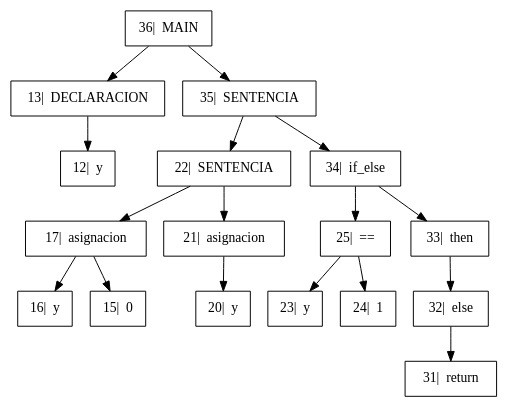
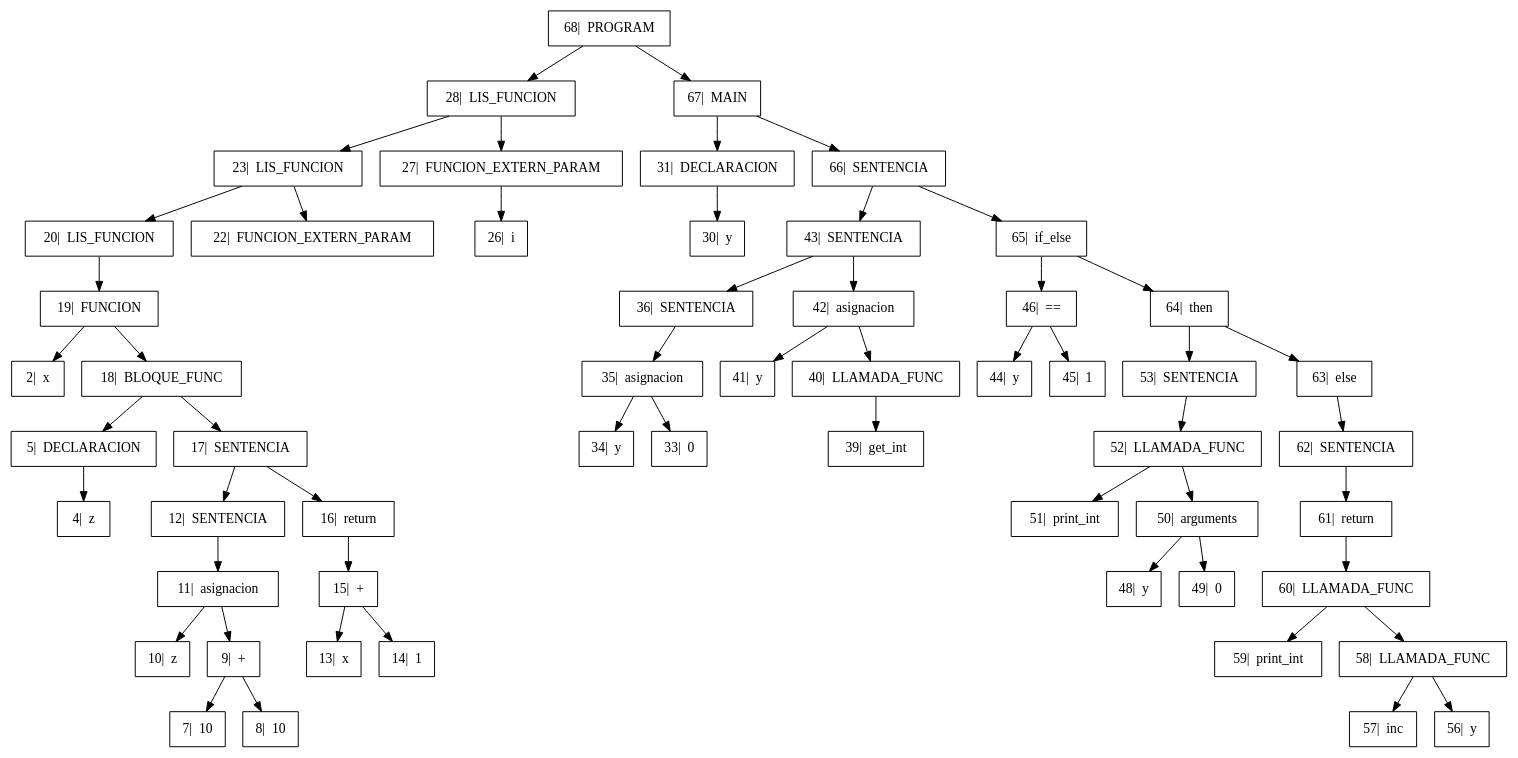
Before and after one commit to GiovA07/PRE-PROYECTO-COMPILADORES: the diagram in Proyecto/Arbol.dot, drawn with Graphviz. The commit also changed 6 other files, not shown here.

```diff
--- a/Proyecto/Arbol.dot
+++ b/Proyecto/Arbol.dot
@@ -1,16 +1,39 @@
 digraph{
 
 rankdir=TB;
 
 node[shape=box];
-"36|  MAIN" -> "13|  DECLARACION", "35|  SENTENCIA";
-"13|  DECLARACION" -> "12|  y" ;
-"35|  SENTENCIA" -> "22|  SENTENCIA", "34|  if_else";
-"22|  SENTENCIA" -> "17|  asignacion", "21|  asignacion";
-"17|  asignacion" -> "16|  y", "15|  0";
-"21|  asignacion" -> "20|  y" ;
-"34|  if_else" -> "25|  ==", "33|  then";
-"25|  ==" -> "23|  y", "24|  1";
-"33|  then" -> "32|  else" ;
-"32|  else" -> "31|  return" ;
+"68|  PROGRAM" -> "28|  LIS_FUNCION", "67|  MAIN";
+"28|  LIS_FUNCION" -> "23|  LIS_FUNCION", "27|  FUNCION_EXTERN_PARAM";
+"23|  LIS_FUNCION" -> "20|  LIS_FUNCION", "22|  FUNCION_EXTERN_PARAM";
+"20|  LIS_FUNCION" -> "19|  FUNCION" ;
+"19|  FUNCION" -> "2|  x", "18|  BLOQUE_FUNC";
+"18|  BLOQUE_FUNC" -> "5|  DECLARACION", "17|  SENTENCIA";
+"5|  DECLARACION" -> "4|  z" ;
+"17|  SENTENCIA" -> "12|  SENTENCIA", "16|  return";
+"12|  SENTENCIA" -> "11|  asignacion" ;
+"11|  asignacion" -> "10|  z", "9|  +";
+"9|  +" -> "7|  10", "8|  10";
+"16|  return" -> "15|  +" ;
+"15|  +" -> "13|  x", "14|  1";
+"27|  FUNCION_EXTERN_PARAM" -> "26|  i" ;
+"67|  MAIN" -> "31|  DECLARACION", "66|  SENTENCIA";
+"31|  DECLARACION" -> "30|  y" ;
+"66|  SENTENCIA" -> "43|  SENTENCIA", "65|  if_else";
+"43|  SENTENCIA" -> "36|  SENTENCIA", "42|  asignacion";
+"36|  SENTENCIA" -> "35|  asignacion" ;
+"35|  asignacion" -> "34|  y", "33|  0";
+"42|  asignacion" -> "41|  y", "40|  LLAMADA_FUNC";
+"40|  LLAMADA_FUNC" -> "39|  get_int" ;
+"65|  if_else" -> "46|  ==", "64|  then";
+"46|  ==" -> "44|  y", "45|  1";
+"64|  then" -> "53|  SENTENCIA", "63|  else";
+"53|  SENTENCIA" -> "52|  LLAMADA_FUNC" ;
+"52|  LLAMADA_FUNC" -> "51|  print_int", "50|  arguments";
+"50|  arguments" -> "48|  y", "49|  0";
+"63|  else" -> "62|  SENTENCIA" ;
+"62|  SENTENCIA" -> "61|  return" ;
+"61|  return" -> "60|  LLAMADA_FUNC" ;
+"60|  LLAMADA_FUNC" -> "59|  print_int", "58|  LLAMADA_FUNC";
+"58|  LLAMADA_FUNC" -> "57|  inc", "56|  y";
 }
```
